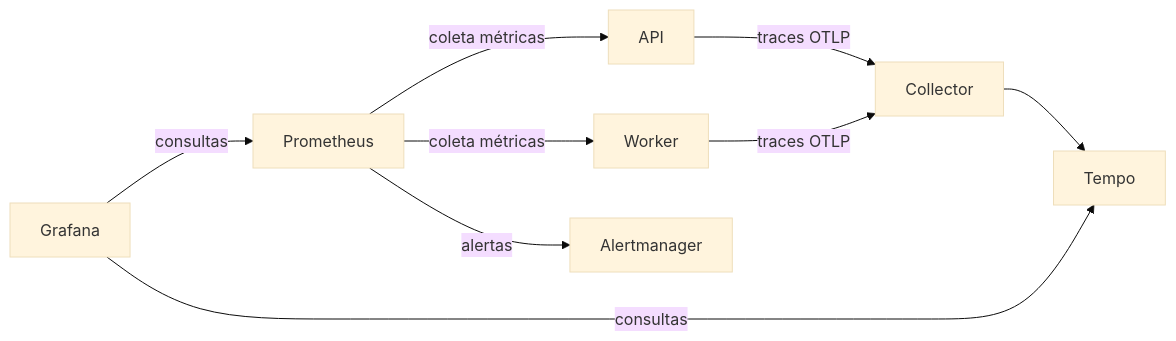
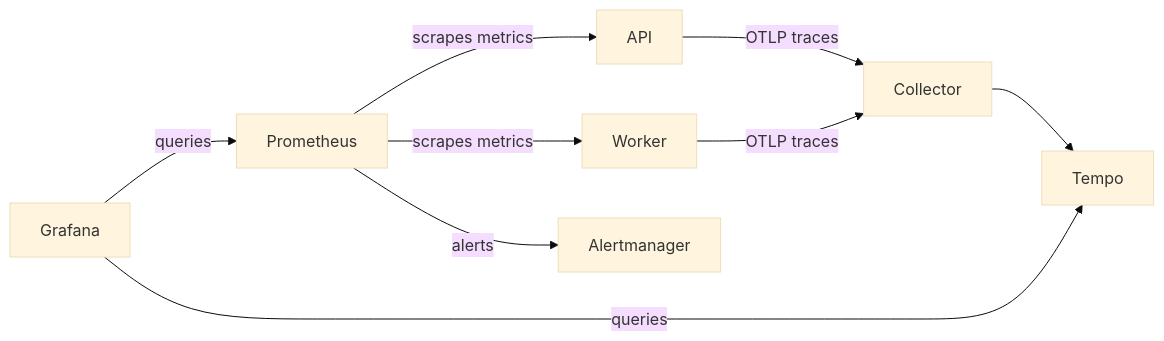
The third of 4 diagrams in docs/architecture.md (jacivaldocarvalho/jc-infrapulse), drawn with Mermaid (base theme) before and after one commit. The commit also changed other lines of this file and 31 other files, not shown here.

````diff
--- a/docs/architecture.md
+++ b/docs/architecture.md
@@ -57,11 +46,11 @@
 ```mermaid
 flowchart LR
-    API[API] -->|traces OTLP| Collector[Collector]
-    Worker[Worker] -->|traces OTLP| Collector
+    API[API] -->|OTLP traces| Collector[Collector]
+    Worker[Worker] -->|OTLP traces| Collector
     Collector --> Tempo[Tempo]
-    Prometheus[Prometheus] -->|coleta métricas| API
-    Prometheus -->|coleta métricas| Worker
-    Prometheus -->|alertas| Alertmanager[Alertmanager]
-    Grafana[Grafana] -->|consultas| Prometheus
-    Grafana -->|consultas| Tempo
+    Prometheus[Prometheus] -->|scrapes metrics| API
+    Prometheus -->|scrapes metrics| Worker
+    Prometheus -->|alerts| Alertmanager[Alertmanager]
+    Grafana[Grafana] -->|queries| Prometheus
+    Grafana -->|queries| Tempo
 ```
````
